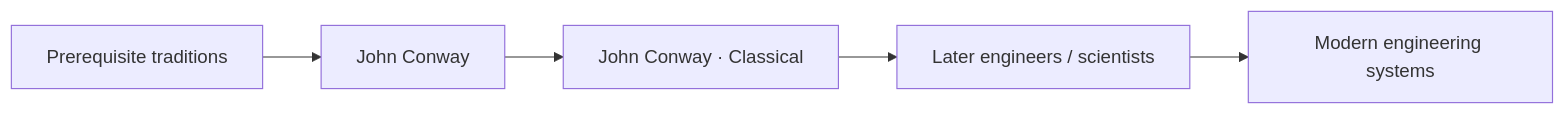
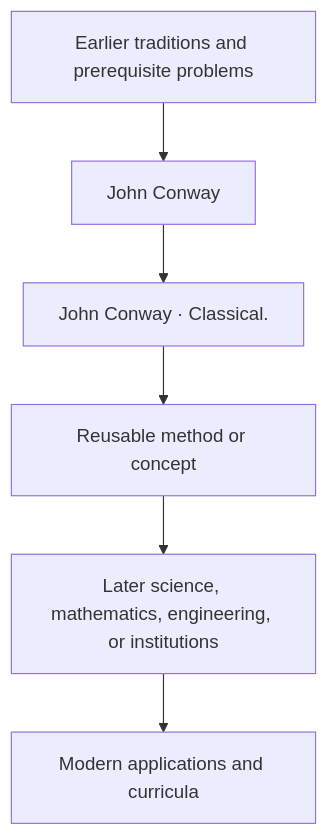
The diagram in docs/history/john-conway/influence.md (via-decide/ViaLogic), drawn with Mermaid before and after one commit. The commit also changed other lines of this file and 858 other files, not shown here.

````diff
--- a/docs/history/john-conway/influence.md
+++ b/docs/history/john-conway/influence.md
@@ -29,7 +16,8 @@
 ```mermaid
-graph LR
-  prerequisites["Prerequisite traditions"] --> current["John Conway"]
-  current --> contribution["John Conway · Classical"]
-  contribution --> successors["Later engineers / scientists"]
-  successors --> modern["Modern engineering systems"]
+graph TD
+  Prior[Earlier traditions and prerequisite problems] --> Person[John Conway]
+  Person --> Contribution[John Conway · Classical.]
+  Contribution --> Method[Reusable method or concept]
+  Method --> Later[Later science, mathematics, engineering, or institutions]
+  Later --> Modern[Modern applications and curricula]
 ```
````
